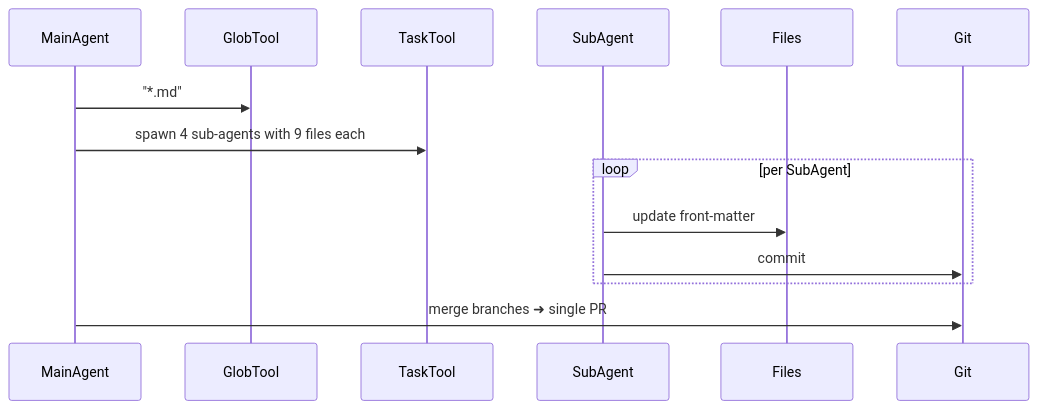
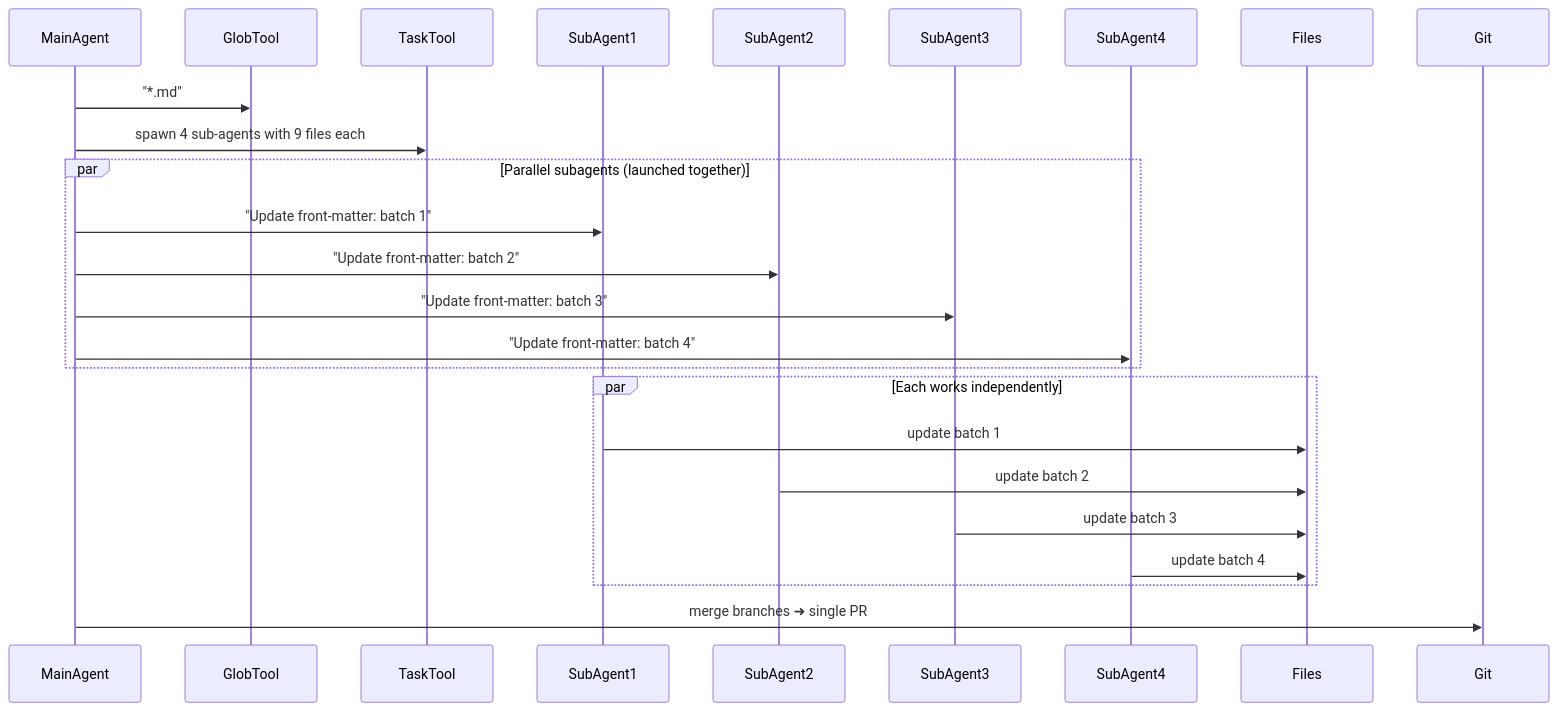
One commit to dev02019/awesome-agentic-patterns changed the diagram in patterns/sub-agent-spawning.md. Above: the diagram before and after it, drawn with Mermaid. The commit also changed other lines of this file and 6 other files, not shown here.

````diff
--- a/patterns/sub-agent-spawning.md
+++ b/patterns/sub-agent-spawning.md
@@ -75,10 +88,21 @@
 ```mermaid
 sequenceDiagram
   MainAgent->>GlobTool: "*.md"
   MainAgent->>TaskTool: spawn 4 sub-agents with 9 files each
-  loop per SubAgent
-      SubAgent->>Files: update front-matter
-      SubAgent->>Git: commit
+
+  par Parallel subagents (launched together)
+      MainAgent->>SubAgent1: "Update front-matter: batch 1"
+      MainAgent->>SubAgent2: "Update front-matter: batch 2"
+      MainAgent->>SubAgent3: "Update front-matter: batch 3"
+      MainAgent->>SubAgent4: "Update front-matter: batch 4"
   end
+
+  par Each works independently
+      SubAgent1->>Files: update batch 1
+      SubAgent2->>Files: update batch 2
+      SubAgent3->>Files: update batch 3
+      SubAgent4->>Files: update batch 4
+  end
+
   MainAgent->>Git: merge branches ➜ single PR
 ```
````
